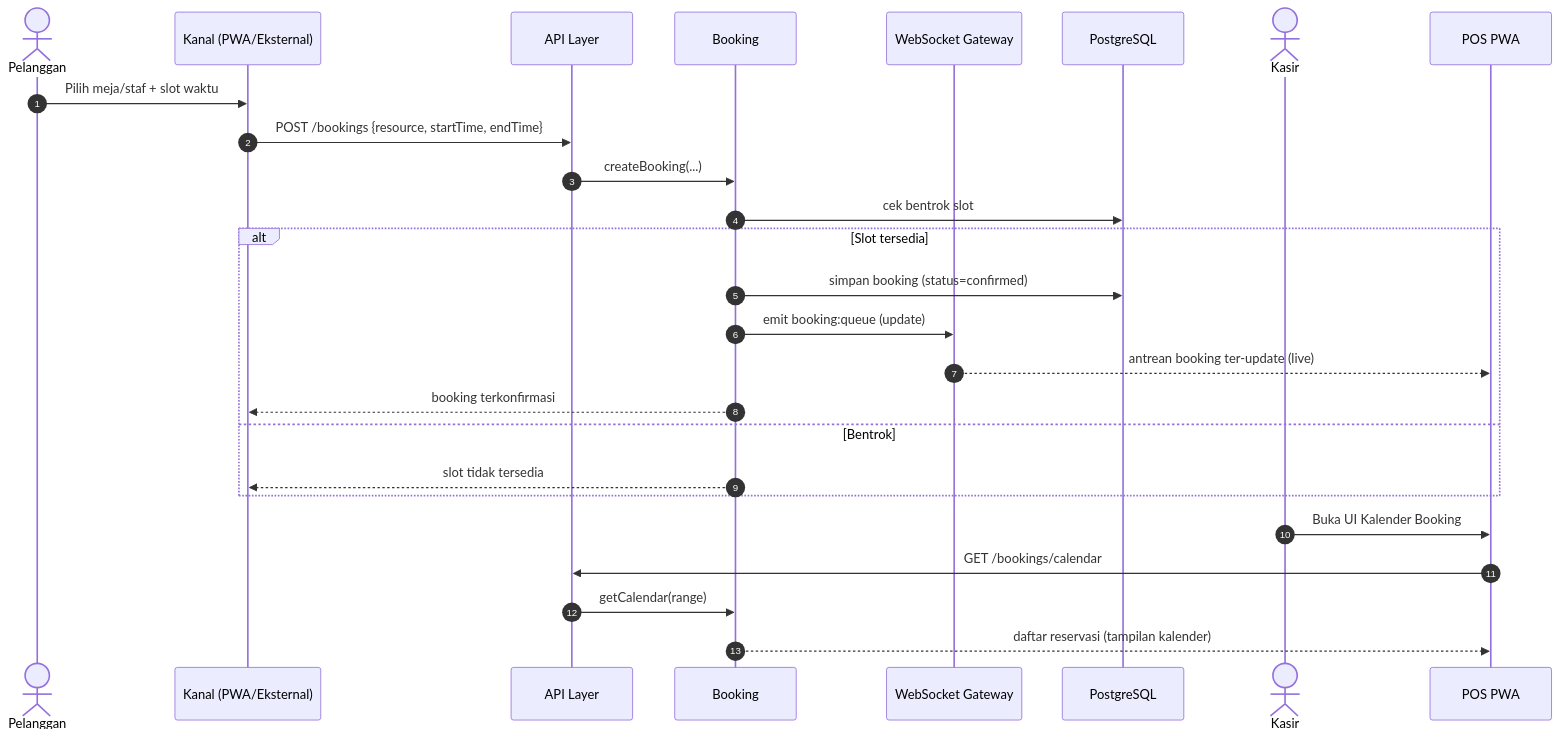
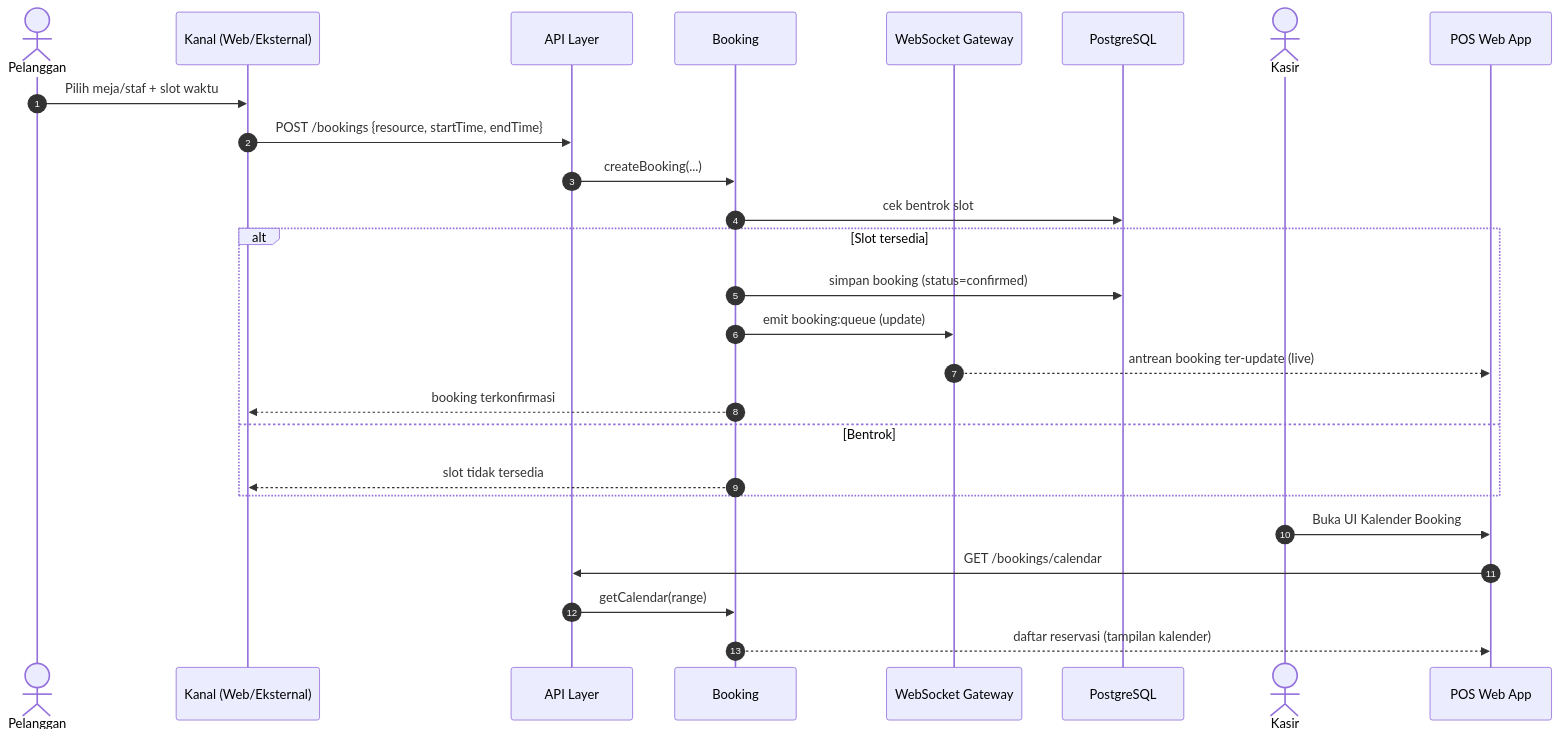
Before and after one commit to whaone/POS2026: diagram 24 of 31 in Sequence_Diagram.md, drawn with Mermaid. The commit also changed other lines of this file and 3 other files, not shown here.

````diff
--- a/Sequence_Diagram.md
+++ b/Sequence_Diagram.md
@@ -758,30 +817,30 @@
 ```mermaid
 sequenceDiagram
     autonumber
     actor Pelanggan
-    participant CH as Kanal (PWA/Eksternal)
+    participant CH as Kanal (Web/Eksternal)
     participant API as API Layer
     participant BOK as Booking
     participant WS as WebSocket Gateway
     participant DB as PostgreSQL
     actor Kasir
-    participant PWA as POS PWA
+    participant POS as POS Web App
  
     Pelanggan->>CH: Pilih meja/staf + slot waktu
     CH->>API: POST /bookings {resource, startTime, endTime}
     API->>BOK: createBooking(...)
     BOK->>DB: cek bentrok slot
     alt Slot tersedia
         BOK->>DB: simpan booking (status=confirmed)
         BOK->>WS: emit booking:queue (update)
-        WS-->>PWA: antrean booking ter-update (live)
+        WS-->>POS: antrean booking ter-update (live)
         BOK-->>CH: booking terkonfirmasi
     else Bentrok
         BOK-->>CH: slot tidak tersedia
     end
  
-    Kasir->>PWA: Buka UI Kalender Booking
-    PWA->>API: GET /bookings/calendar
+    Kasir->>POS: Buka UI Kalender Booking
+    POS->>API: GET /bookings/calendar
     API->>BOK: getCalendar(range)
-    BOK-->>PWA: daftar reservasi (tampilan kalender)
+    BOK-->>POS: daftar reservasi (tampilan kalender)
 ```
````
